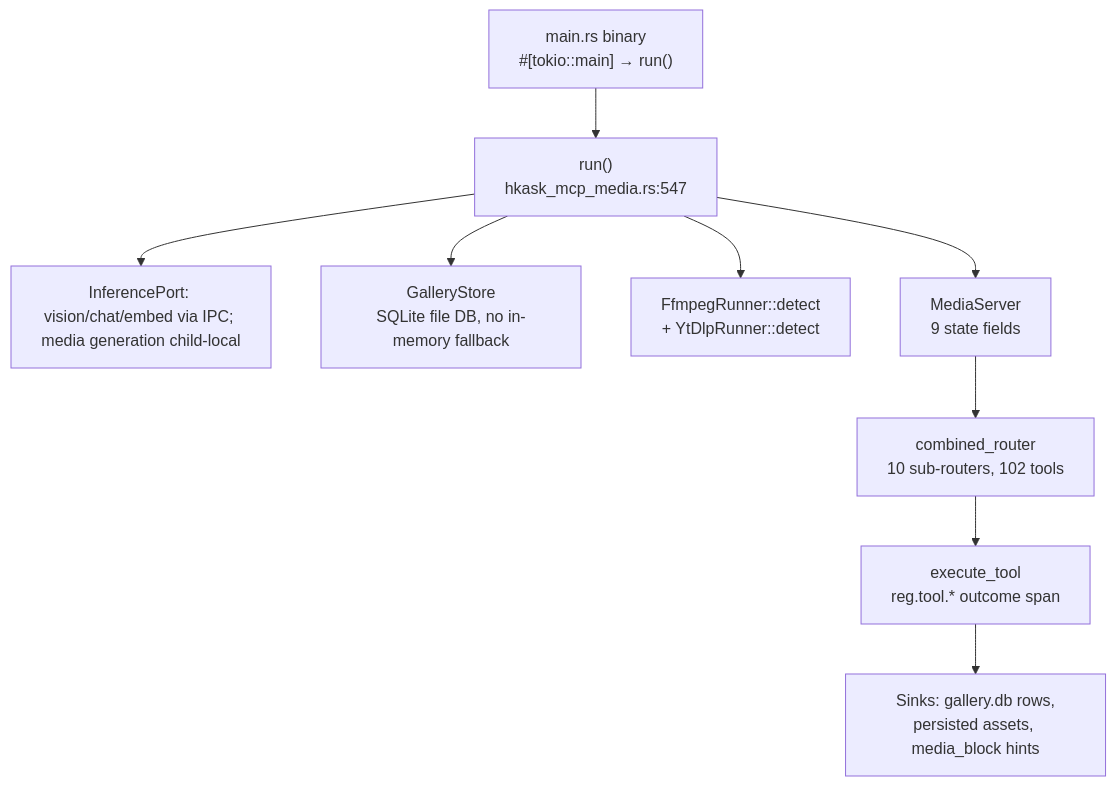
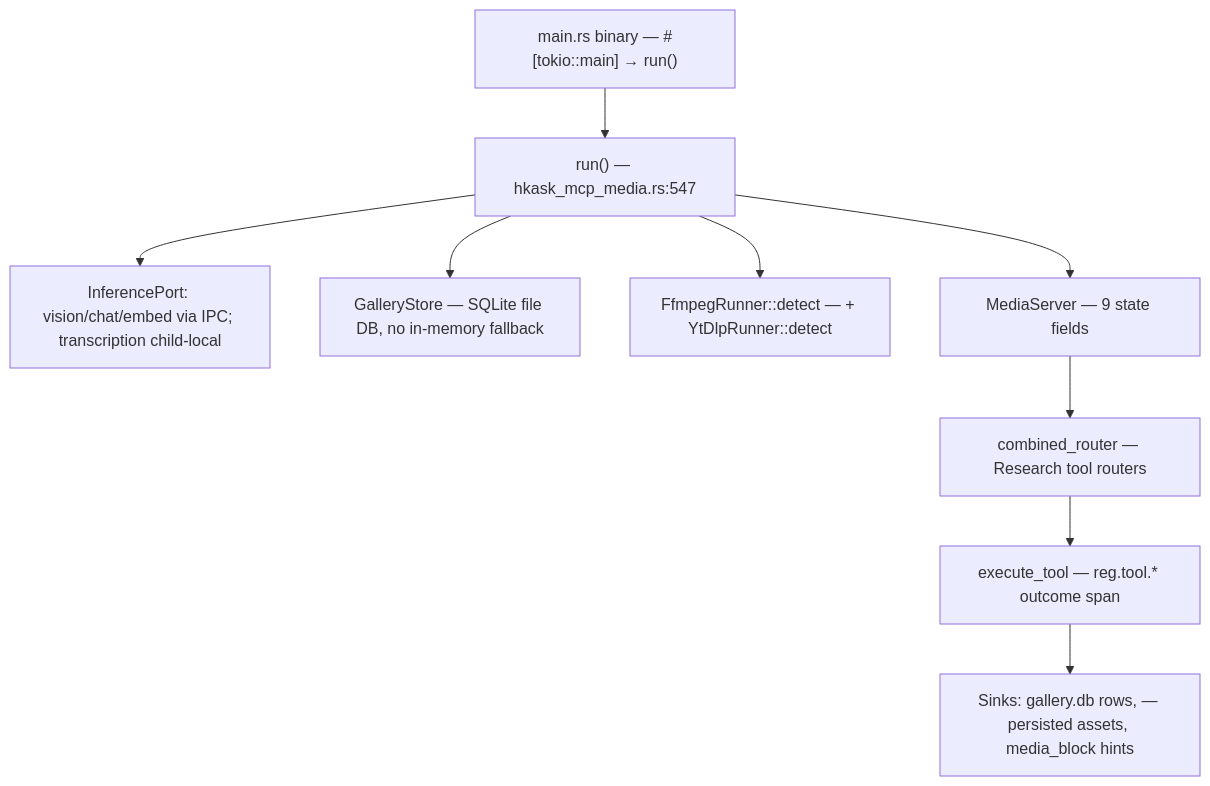
One commit to mdz-axo/zed-kask changed the first of 3 diagrams in kask/docs/reference/mcp-servers/media.md. Above: the diagram before and after it, drawn with Mermaid. The commit also changed other lines of this file and 11 other files, not shown here.

````diff
--- a/kask/docs/reference/mcp-servers/media.md
+++ b/kask/docs/reference/mcp-servers/media.md
@@ -23,21 +31,21 @@
 ```mermaid
 flowchart TD
-    binary["main.rs binary<br/>#[tokio::main] → run()"]
-    run["run()<br/>hkask_mcp_media.rs:547"]
-    port["InferencePort: vision/chat/embed via IPC; media generation child-local"]
-    db["GalleryStore<br/>SQLite file DB, no in-memory fallback"]
-    ffmpeg["FfmpegRunner::detect<br/>+ YtDlpRunner::detect"]
-    server["MediaServer<br/>9 state fields"]
-    router["combined_router<br/>10 sub-routers, 102 tools"]
-    dispatch["execute_tool<br/>reg.tool.* outcome span"]
-    sinks["Sinks: gallery.db rows,<br/>persisted assets, media_block hints"]
+    binary["main.rs binary — #[tokio::main] → run()"]
+    run["run() — hkask_mcp_media.rs:547"]
+    port["InferencePort: vision/chat/embed via IPC; transcription child-local"]
+    db["GalleryStore — SQLite file DB, no in-memory fallback"]
+    ffmpeg["FfmpegRunner::detect — + YtDlpRunner::detect"]
+    server["MediaServer — 9 state fields"]
+    router["combined_router — Research tool routers"]
+    dispatch["execute_tool — reg.tool.* outcome span"]
+    sinks["Sinks: gallery.db rows, — persisted assets, media_block hints"]
 
     binary --> run
     run --> port
     run --> db
     run --> ffmpeg
     run --> server
     server --> router
     router --> dispatch
     dispatch --> sinks
 ```
````
